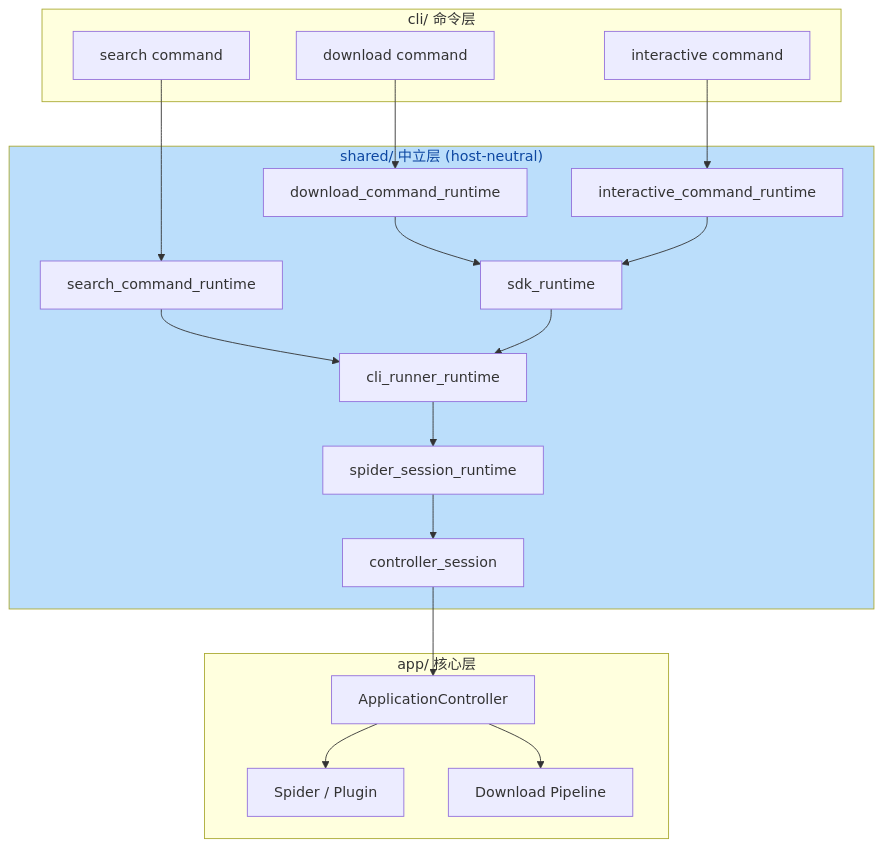
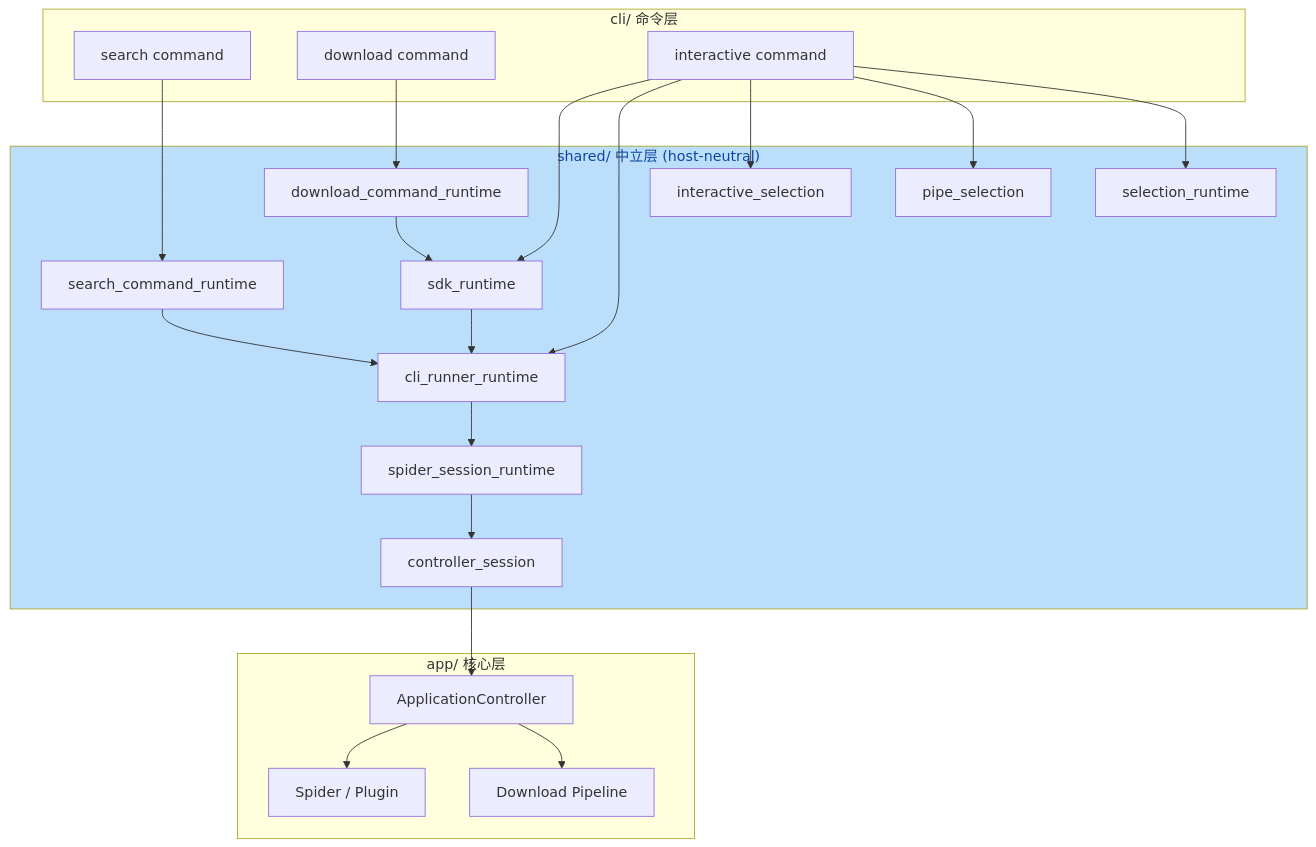
The fourth of 4 diagrams in mermaid/02-entrypoints-and-hosts.md (haohaizi554/UniversalCrawler), drawn with Mermaid before and after one commit. The commit also changed 12 other files, not shown here.

````diff
--- a/mermaid/02-entrypoints-and-hosts.md
+++ b/mermaid/02-entrypoints-and-hosts.md
@@ -106,41 +106,46 @@
 ```mermaid
 flowchart TB
     subgraph CLI["cli/ 命令层"]
         CmdSearch["search command"]
         CmdDownload["download command"]
         CmdInteractive["interactive command"]
     end
 
     subgraph Shared["shared/ 中立层 (host-neutral)"]
         SearchRt["search_command_runtime"]
         DownloadRt["download_command_runtime"]
-        InteractiveRt["interactive_command_runtime"]
         SDKRt["sdk_runtime"]
         CLIRunnerRt["cli_runner_runtime"]
+        InteractiveSel["interactive_selection"]
+        PipeSel["pipe_selection"]
+        SelectionRt["selection_runtime"]
         SpiderSession["spider_session_runtime"]
         ControllerSession["controller_session"]
     end
 
     subgraph App["app/ 核心层"]
         AppCtrl["ApplicationController"]
         Spider["Spider / Plugin"]
         Download["Download Pipeline"]
     end
 
     CmdSearch --> SearchRt
     CmdDownload --> DownloadRt
-    CmdInteractive --> InteractiveRt
+    CmdInteractive --> SDKRt
+    CmdInteractive --> CLIRunnerRt
+    CmdInteractive --> InteractiveSel
+    CmdInteractive --> PipeSel
+    CmdInteractive --> SelectionRt
 
     SearchRt --> CLIRunnerRt
     DownloadRt --> SDKRt
-    InteractiveRt --> SDKRt
     SDKRt --> CLIRunnerRt
     CLIRunnerRt --> SpiderSession
     SpiderSession --> ControllerSession
     ControllerSession --> AppCtrl
 
     AppCtrl --> Spider
     AppCtrl --> Download
 
     style Shared fill:#bbdefb,color:#0d47a1
 ```
````
